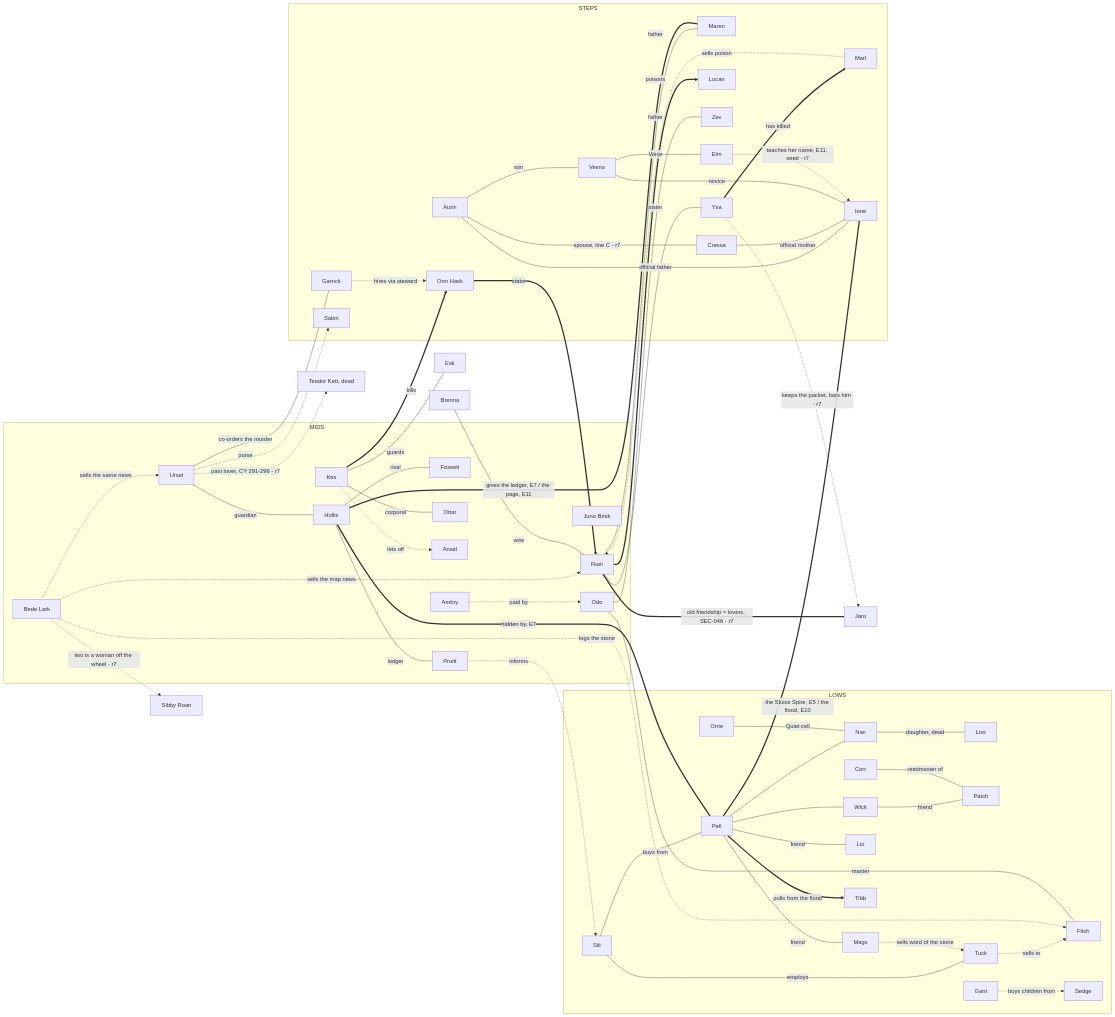
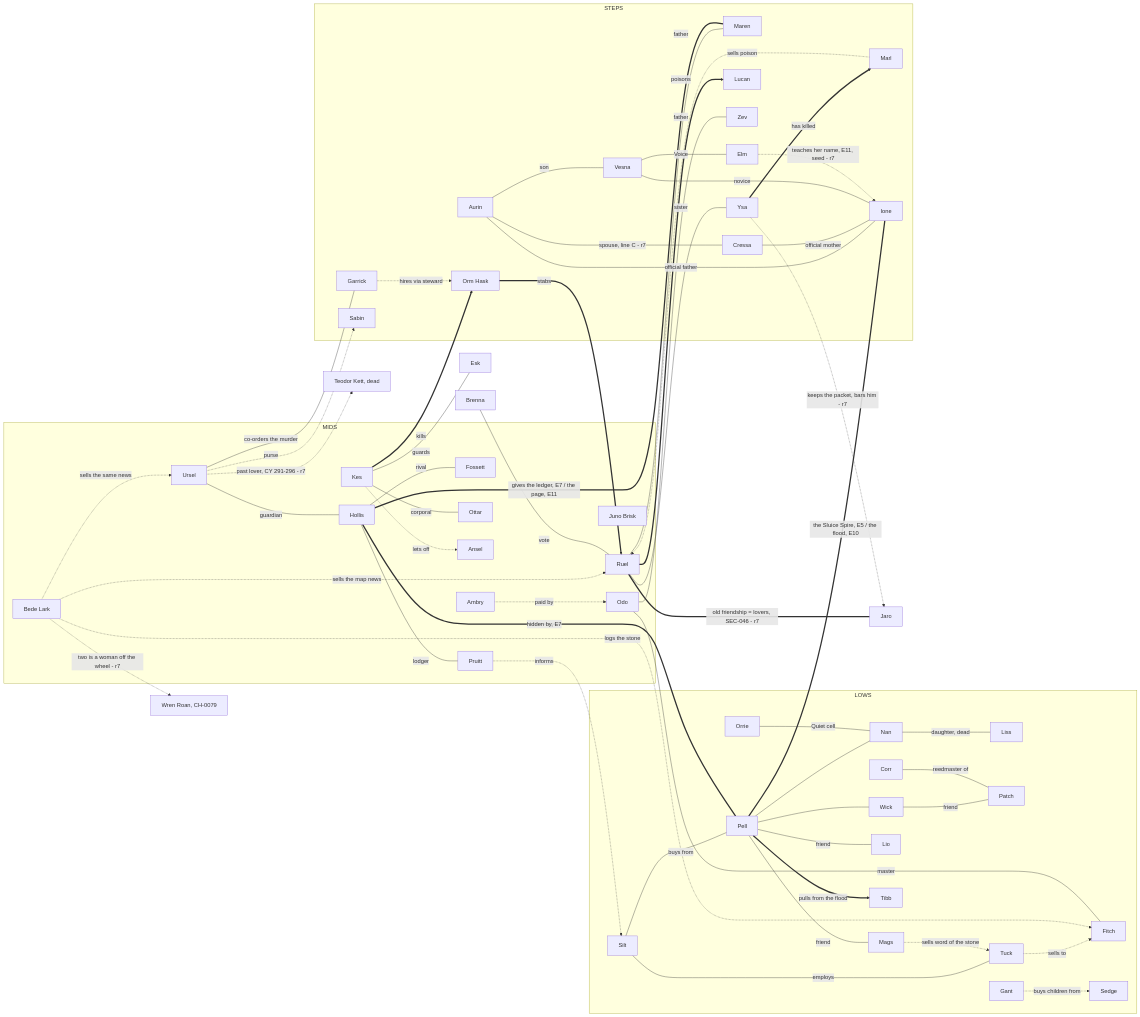
Before and after one commit to FeamAir/my_work: the diagram in studio/story/characters/relationships_s1.md, drawn with Mermaid. The commit also changed other lines of this file and 14 other files, not shown here.

````diff
--- a/studio/story/characters/relationships_s1.md
+++ b/studio/story/characters/relationships_s1.md
@@ -11,62 +13,62 @@
 ```mermaid
 graph LR
   subgraph LOWS
     Pell --- Wick
     Pell --- Nan
     Nan ---|daughter, dead| Liss
     Pell ---|friend| Mags
     Pell ---|friend| Lio
     Wick ---|friend| Patch
     Corr ---|reedmaster of| Patch
     Silt ---|employs| Tuck
     Silt ---|buys from| Pell
     Mags -.->|sells word of the stone| Tuck
     Tuck -.->|sells to| Fitch
     Gant -.->|buys children from| Sedge
     Orrie ---|Quiet cell| Nan
     Pell ==>|pulls from the flood| Tibb
   end
   subgraph MIDS
     Hollis ---|rival| Fossett
     Hollis ---|lodger| Pruitt
     Pruitt -.->|informs| Silt
     Bede[Bede Lark] -.->|sells the map news| Ruel
     Bede -.->|sells the same news| Ursel
     Bede -.->|logs the stone| Fitch
     Kes ---|corporal| Ottar
     Kes -.->|lets off| Ansel
     Juno[Juno Brisk]
     Ambry -.->|paid by| Odo
   end
   subgraph STEPS
     Ruel ---|father| Maren
     Ruel ---|sister| Ysa
     Ursel ---|guardian| Hollis
     Ursel ---|co-orders the murder| Garrick
     Garrick -.->|hires via steward| Orm[Orm Hask]
     Orm ==>|stabs| Ruel
     Kes ==>|kills| Orm
     Ruel ==>|poisons| Lucan
     Marl -.->|sells poison| Ruel
     Ysa ==>|has killed| Marl
     Odo ---|father| Zev
     Odo ---|master| Fitch
     Aurin ---|son| Vesna
     Aurin ---|official father| Ione
     Cressa ---|official mother| Ione
     Vesna ---|Voice| Elm
     Vesna ---|novice| Ione
     Ursel -.->|purse| Sabin
   end
   Pell ===|the Sluice Spire, E5 / the flood, E10| Ione
   Hollis ===|hidden by, E7| Pell
   Hollis ===|gives the ledger, E7 / the page, E11| Maren
   Kes ---|guards| Esk
   Jaro ===|"old friendship = lovers, SEC-046 - r7"| Ruel
   Ysa -.->|"keeps the packet, bars him - r7"| Jaro
-  Bede -.->|"two is a woman off the wheel - r7"| Sibby[Sibby Roan]
+  Bede -.->|"two is a woman off the wheel - r7"| Wren["Wren Roan, CH-0079"]
   Ursel -.->|"past lover, CY 291-296 - r7"| Teodor["Teodor Kett, dead"]
   Aurin ---|"spouse, line C - r7"| Cressa
   Elm -.->|"teaches her name, E11, seed - r7"| Ione
   Brenna ---|vote| Ruel
 ```
````
